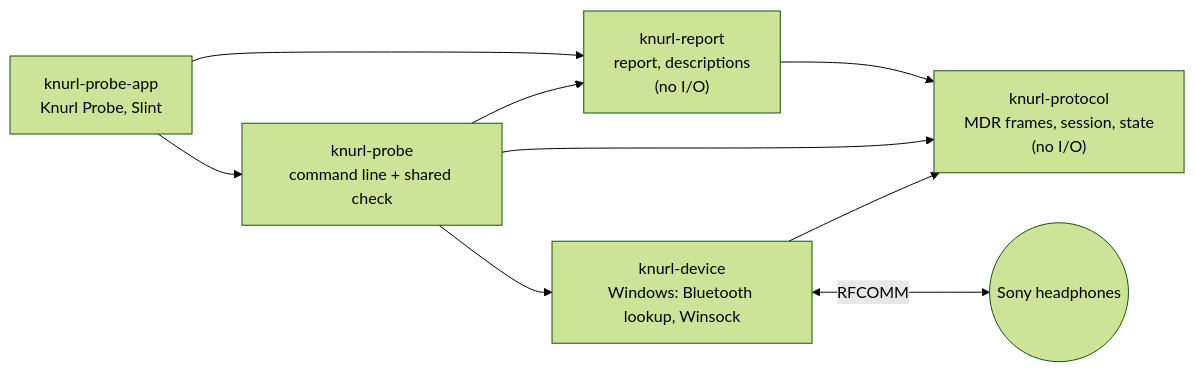
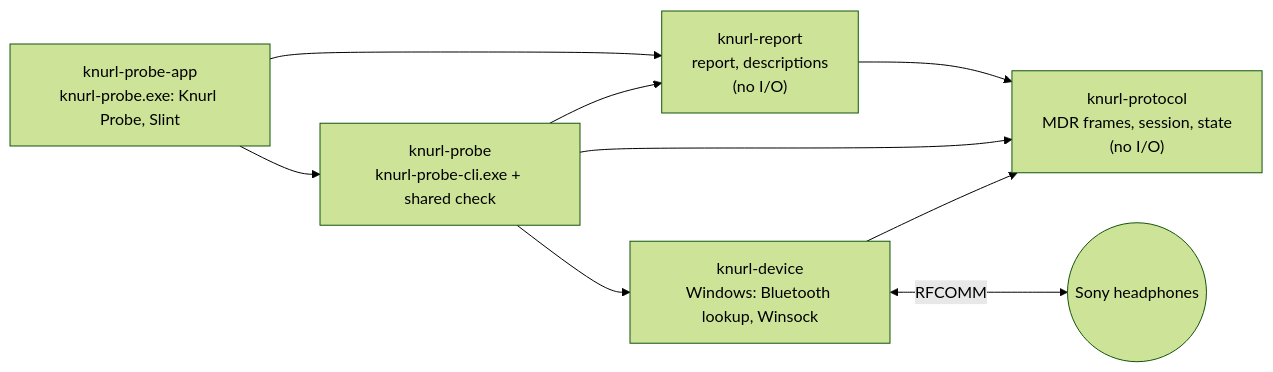
The diagram in README.md (dooperdrew/knurl-probe), drawn with Mermaid (forest theme) before and after one commit. The commit also changed other lines of this file and 18 other files, not shown here.

First line of the commit message:
release: knurl-probe 0.1.0 zip with the app and the command line

````diff
--- a/README.md
+++ b/README.md
@@ -73,11 +75,11 @@
 ```mermaid
 flowchart LR
-    app["knurl-probe-app<br/>Knurl Probe, Slint"] --> probe
+    app["knurl-probe-app<br/>knurl-probe.exe: Knurl Probe, Slint"] --> probe
     app --> report
-    probe["knurl-probe<br/>command line + shared check"] --> device["knurl-device<br/>Windows: Bluetooth lookup, Winsock"]
+    probe["knurl-probe<br/>knurl-probe-cli.exe + shared check"] --> device["knurl-device<br/>Windows: Bluetooth lookup, Winsock"]
     probe --> report["knurl-report<br/>report, descriptions<br/>(no I/O)"]
     report --> protocol
     probe --> protocol
     device --> protocol["knurl-protocol<br/>MDR frames, session, state<br/>(no I/O)"]
     device <-- "RFCOMM" --> phones(("Sony headphones"))
 ```
````
